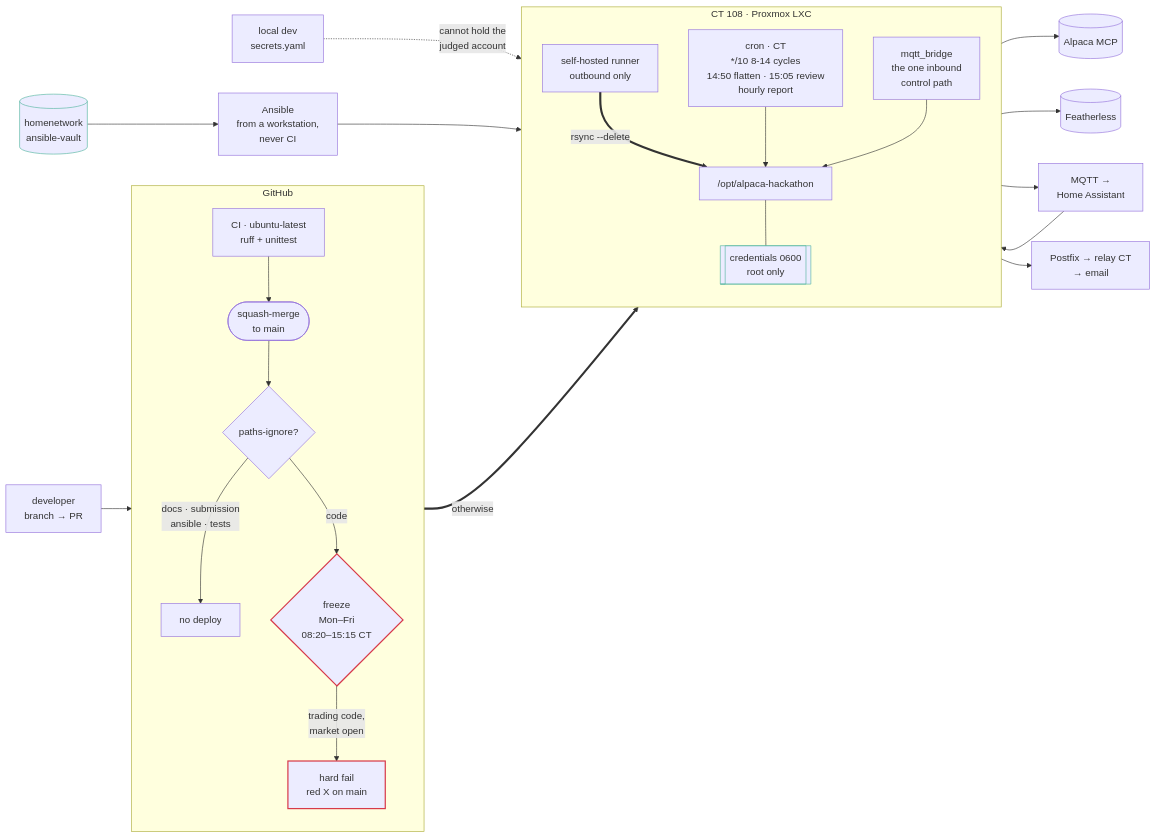
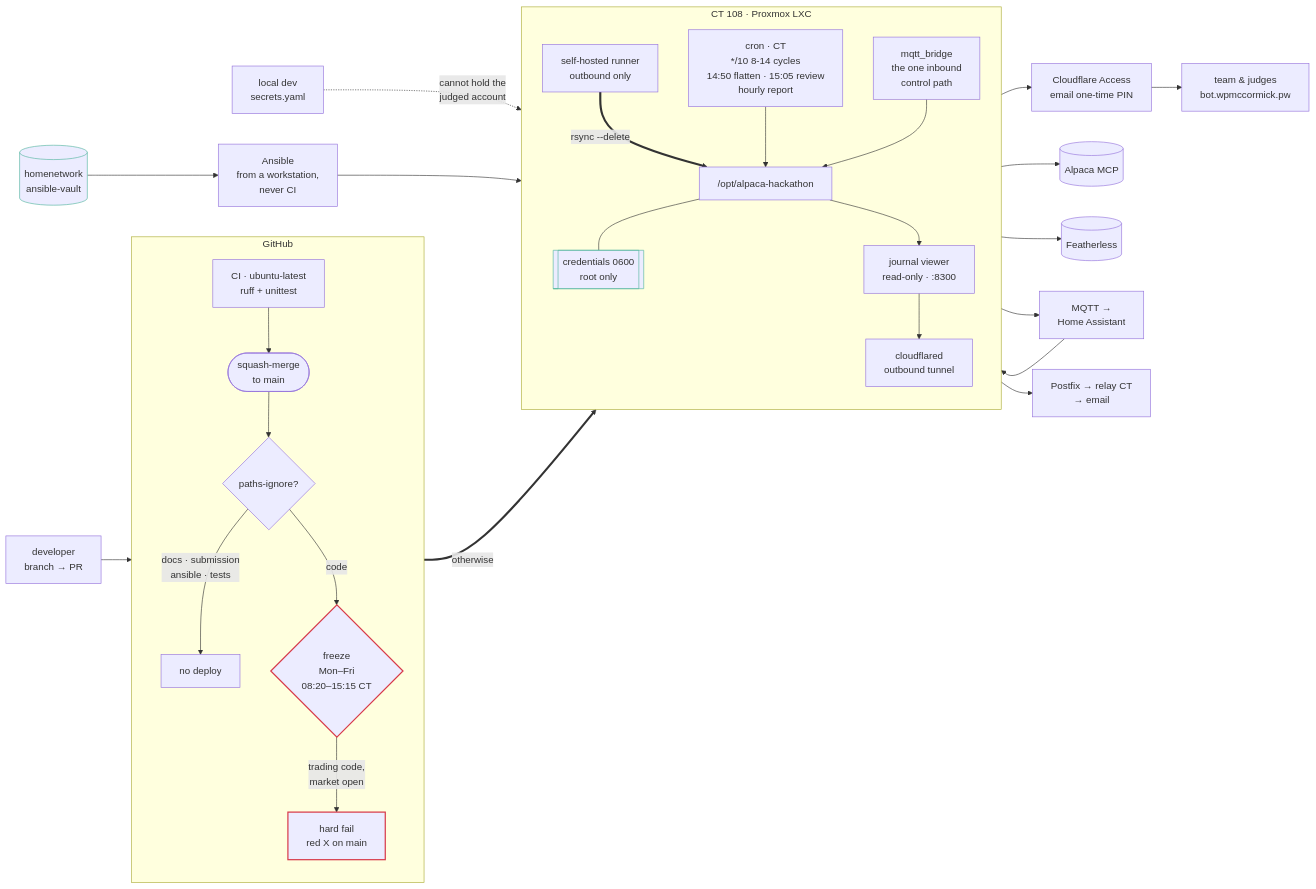
One commit to bill-mccormick-dg/alpaca-hackathon changed the second of 2 diagrams in docs/architecture.md. Above: the diagram before and after it, drawn with Mermaid. The commit also changed other lines of this file and 6 other files, not shown here.

First line of the commit message:
docs: the realtime remote journal viewer (#156)

````diff
--- a/docs/architecture.md
+++ b/docs/architecture.md
@@ -118,38 +119,42 @@
 ```mermaid
 flowchart LR
   dev["developer<br/>branch → PR"] --> ci
 
   subgraph github [GitHub]
     direction TB
     ci["CI · ubuntu-latest<br/>ruff + unittest"] --> merge(["squash-merge<br/>to main"])
     merge --> skip{"paths-ignore?"}
     skip -- "docs · submission<br/>ansible · tests" --> nodep["no deploy"]
     skip -- "code" --> freeze{"freeze<br/>Mon–Fri<br/>08:20–15:15 CT"}
     freeze -- "trading code,<br/>market open" --> fail["hard fail<br/>red X on main"]
   end
 
   freeze == "otherwise" ==> runner
 
   subgraph ct [CT 108 · Proxmox LXC]
     direction TB
     runner["self-hosted runner<br/>outbound only"] == "rsync --delete" ==> app["/opt/alpaca-hackathon"]
     cron["cron · CT<br/>*/10 8-14 cycles<br/>14:50 flatten · 15:05 review<br/>hourly report"] --> app
     app --- creds[["credentials 0600<br/>root only"]]
     bridge["mqtt_bridge<br/>the one inbound<br/>control path"] --> app
+    app --> viewer["journal viewer<br/>read-only · :8300"]
+    viewer --> cfd["cloudflared<br/>outbound tunnel"]
   end
+
+  cfd --> access["Cloudflare Access<br/>email one-time PIN"] --> pub["team & judges<br/>bot.wpmccormick.pw"]
 
   vault[("homenetwork<br/>ansible-vault")] --> ans["Ansible<br/>from a workstation,<br/>never CI"]
   ans --> ct
   local["local dev<br/>secrets.yaml"] -. "cannot hold the<br/>judged account" .-> app
 
   app --> alp[(Alpaca MCP)]
   app --> fea[(Featherless)]
   app --> mq["MQTT →<br/>Home Assistant"]
   mq --> bridge
   app --> mail["Postfix → relay CT<br/>→ email"]
 
   classDef stop stroke:#d73a4a,stroke-width:2px
   classDef safe stroke:#4fb39c
   class fail,freeze stop
   class creds,vault safe
 ```
````
